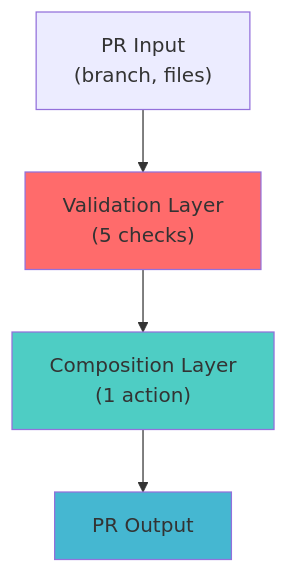
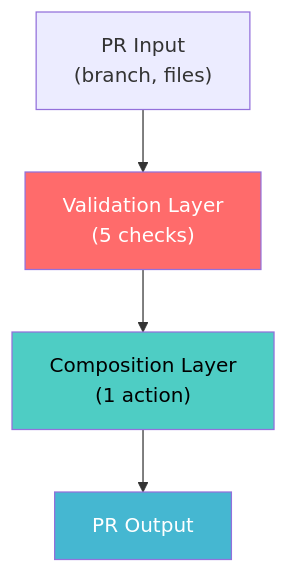
One commit to lightspeedwp/.github changed the second of 5 diagrams in .github/projects/active/pr-creation-agent-phase-2-2026-08-12/DOCUMENTATION_PLAN.md. Above: the diagram before and after it, drawn with Mermaid. The commit also changed 1 other file, not shown here.

Commit message:
fix: Add explicit text colors to Mermaid diagrams for color contrast compliance

````diff
--- a/.github/projects/active/pr-creation-agent-phase-2-2026-08-12/DOCUMENTATION_PLAN.md
+++ b/.github/projects/active/pr-creation-agent-phase-2-2026-08-12/DOCUMENTATION_PLAN.md
@@ -454,16 +454,16 @@
 ```mermaid
 graph TB
     Input["PR Input<br/>(branch, files)"]
     
     Validator["Validation Layer<br/>(5 checks)"]
     Composer["Composition Layer<br/>(1 action)"]
     Output["PR Output"]
     
     Input --> Validator
     Validator --> Composer
     Composer --> Output
     
-    style Validator fill:#FF6B6B
-    style Composer fill:#4ECDC4
-    style Output fill:#45B7D1
+    style Validator fill:#FF6B6B,color:#fff
+    style Composer fill:#4ECDC4,color:#000
+    style Output fill:#45B7D1,color:#fff
 ```
````
